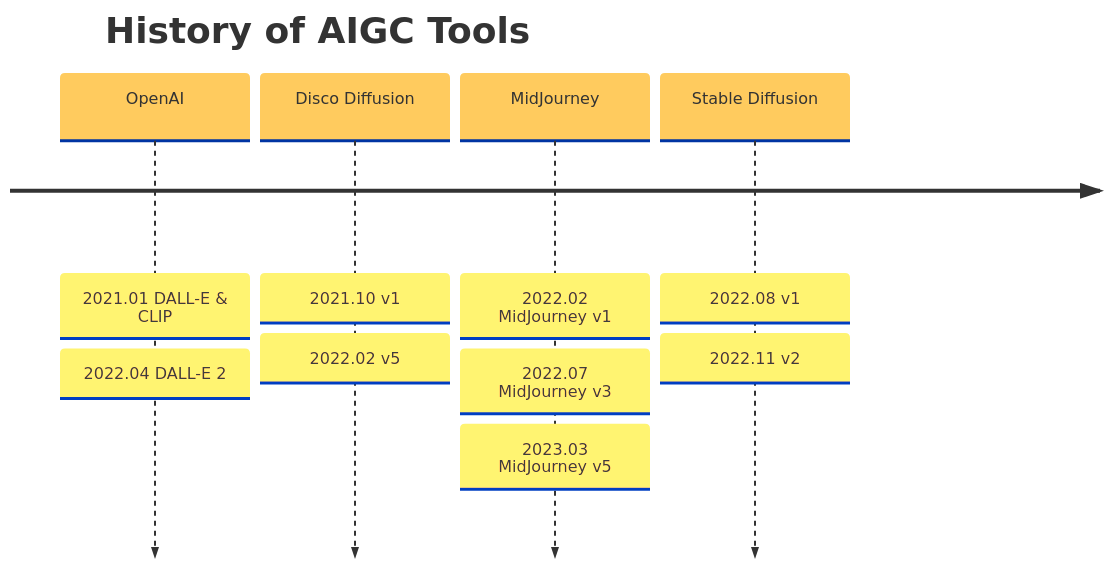
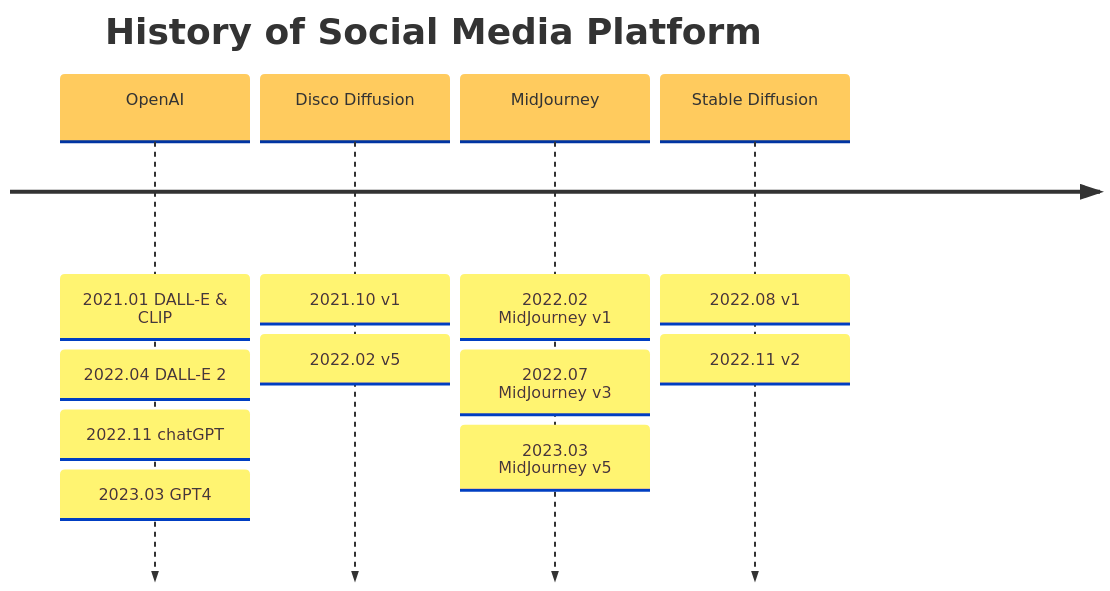
The second of 2 diagrams in docs/0374_Hot_AIGC.md (junxnone/aiwiki), drawn with Mermaid before and after one commit. The commit also changed other lines of this file, not shown here.

Commit message:
Add new comment

````diff
--- a/docs/0374_Hot_AIGC.md
+++ b/docs/0374_Hot_AIGC.md
@@ -43,15 +43,16 @@
 ```mermaid
    %%{init: { 'logLevel': 'debug', 'theme': 'base', 'timeline': {'disableMulticolor': true}}}%%
     timeline
-        title History of AIGC Tools
+        title History of Social Media Platform
             OpenAI  :  2021.01 DALL-E & CLIP 
                     : 2022.04 DALL-E 2
+                    : 2022.11 chatGPT
+                    : 2023.03 GPT4
             Disco Diffusion : 2021.10 v1 
                             : 2022.02 v5
             MidJourney  : 2022.02 MidJourney v1 
                         : 2022.07 MidJourney v3
                         : 2023.03  MidJourney v5
             Stable Diffusion    : 2022.08 v1 
                                 : 2022.11 v2      
-        
 ```
````
